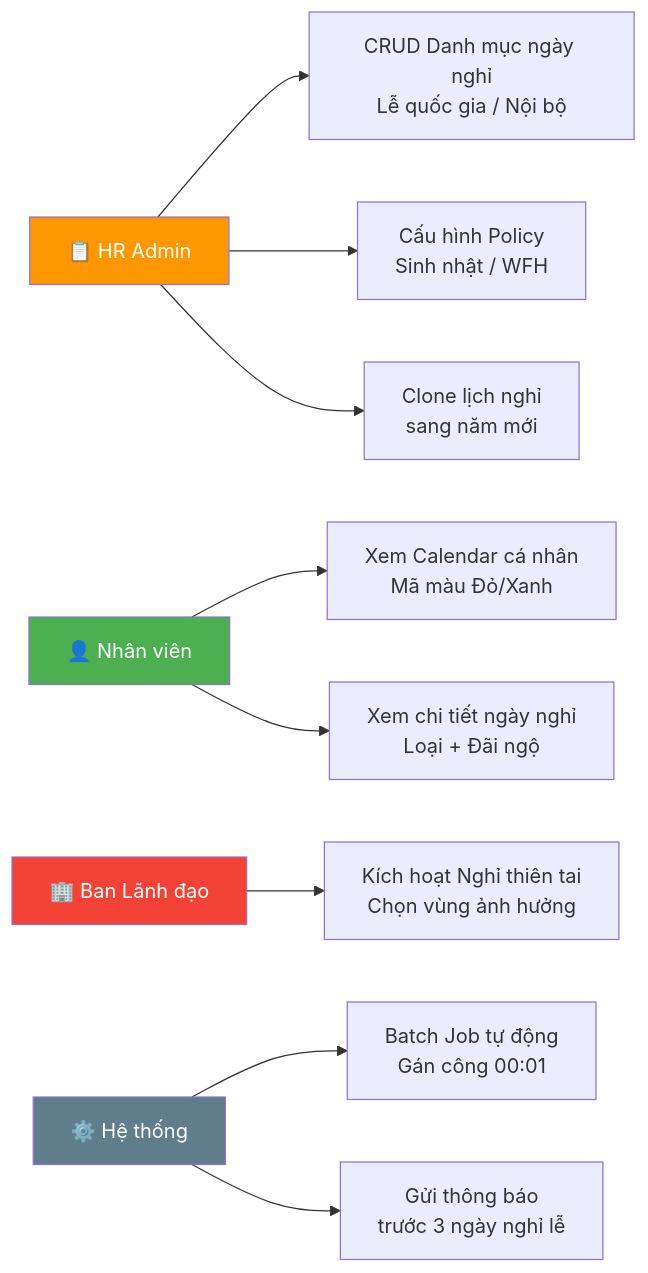
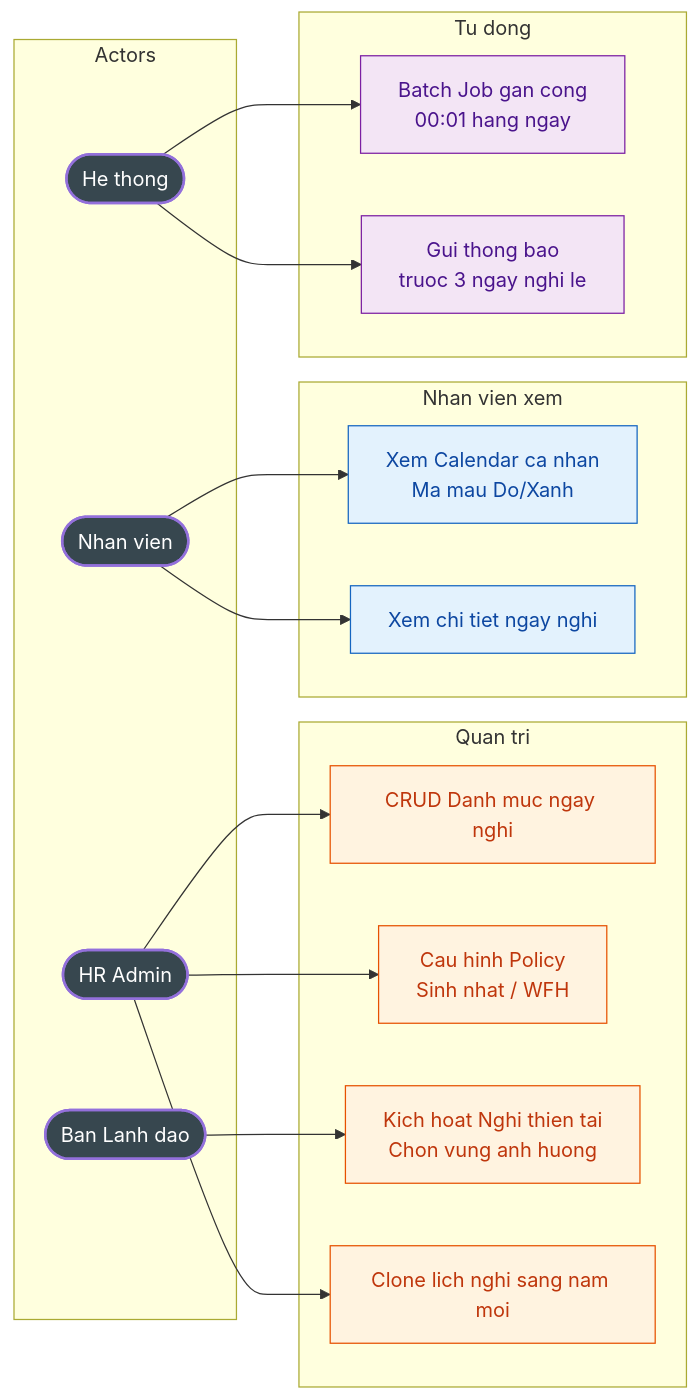
One commit to olbboy/ba-kit-antigravity changed the second of 2 diagrams in outputs/mini-app-cham-cong/2.11-Mini-app/2.11.7.-Cấu-hình-lịch-nghỉ/README.md. Above: the diagram before and after it, drawn with Mermaid. The commit also changed other lines of this file and 11 other files, not shown here.

First line of the commit message:
fix: clean Confluence export artifacts and upgrade Mermaid diagrams

````diff
--- a/outputs/mini-app-cham-cong/2.11-Mini-app/2.11.7.-Cấu-hình-lịch-nghỉ/README.md
+++ b/outputs/mini-app-cham-cong/2.11-Mini-app/2.11.7.-Cấu-hình-lịch-nghỉ/README.md
@@ -67,26 +75,41 @@
 ```mermaid
 graph LR
-    HR["📋 HR Admin"]
-    NV["👤 Nhân viên"]
-    BGD["🏢 Ban Lãnh đạo"]
-    SYS["⚙️ Hệ thống"]
+    subgraph Actors
+        HR([HR Admin])
+        NV([Nhan vien])
+        BGD([Ban Lanh dao])
+        SYS([He thong])
+    end
 
-    UC1["CRUD Danh mục ngày nghỉ<br/>Lễ quốc gia / Nội bộ"]
-    UC2["Cấu hình Policy<br/>Sinh nhật / WFH"]
-    UC3["Kích hoạt Nghỉ thiên tai<br/>Chọn vùng ảnh hưởng"]
-    UC4["Clone lịch nghỉ<br/>sang năm mới"]
-    UC5["Xem Calendar cá nhân<br/>Mã màu Đỏ/Xanh"]
-    UC6["Xem chi tiết ngày nghỉ<br/>Loại + Đãi ngộ"]
-    UC7["Batch Job tự động<br/>Gán công 00:01"]
-    UC8["Gửi thông báo<br/>trước 3 ngày nghỉ lễ"]
+    subgraph Admin_UC["Quan tri"]
+        UC1[CRUD Danh muc ngay nghi]
+        UC2[Cau hinh Policy<br/>Sinh nhat / WFH]
+        UC3[Kich hoat Nghi thien tai<br/>Chon vung anh huong]
+        UC4[Clone lich nghi sang nam moi]
+    end
+
+    subgraph Employee_UC["Nhan vien xem"]
+        UC5[Xem Calendar ca nhan<br/>Ma mau Do/Xanh]
+        UC6[Xem chi tiet ngay nghi]
+    end
+
+    subgraph System_UC["Tu dong"]
+        UC7[Batch Job gan cong<br/>00:01 hang ngay]
+        UC8[Gui thong bao<br/>truoc 3 ngay nghi le]
+    end
 
     HR --> UC1 & UC2 & UC4
     BGD --> UC3
     NV --> UC5 & UC6
     SYS --> UC7 & UC8
 
-    style HR fill:#FF9800,color:#fff
-    style NV fill:#4CAF50,color:#fff
-    style BGD fill:#F44336,color:#fff
-    style SYS fill:#607D8B,color:#fff
+    classDef actor fill:#37474F,color:#fff,stroke-width:2px
+    classDef admin fill:#FFF3E0,stroke:#E65100,color:#BF360C
+    classDef emp fill:#E3F2FD,stroke:#1565C0,color:#0D47A1
+    classDef sys fill:#F3E5F5,stroke:#7B1FA2,color:#4A148C
+
+    class HR,NV,BGD,SYS actor
+    class UC1,UC2,UC3,UC4 admin
+    class UC5,UC6 emp
+    class UC7,UC8 sys
 ```
````
